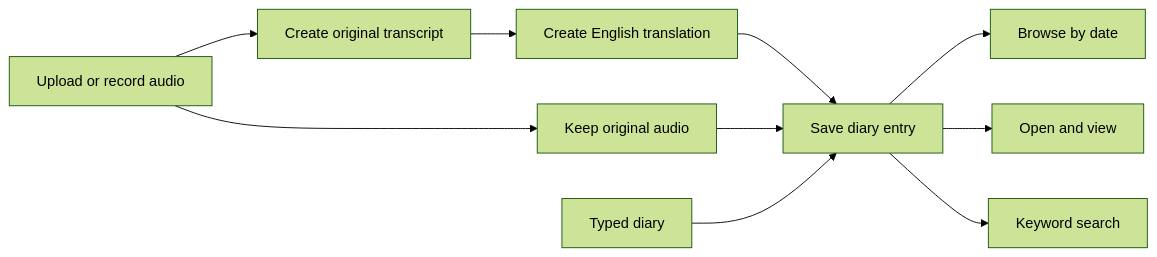
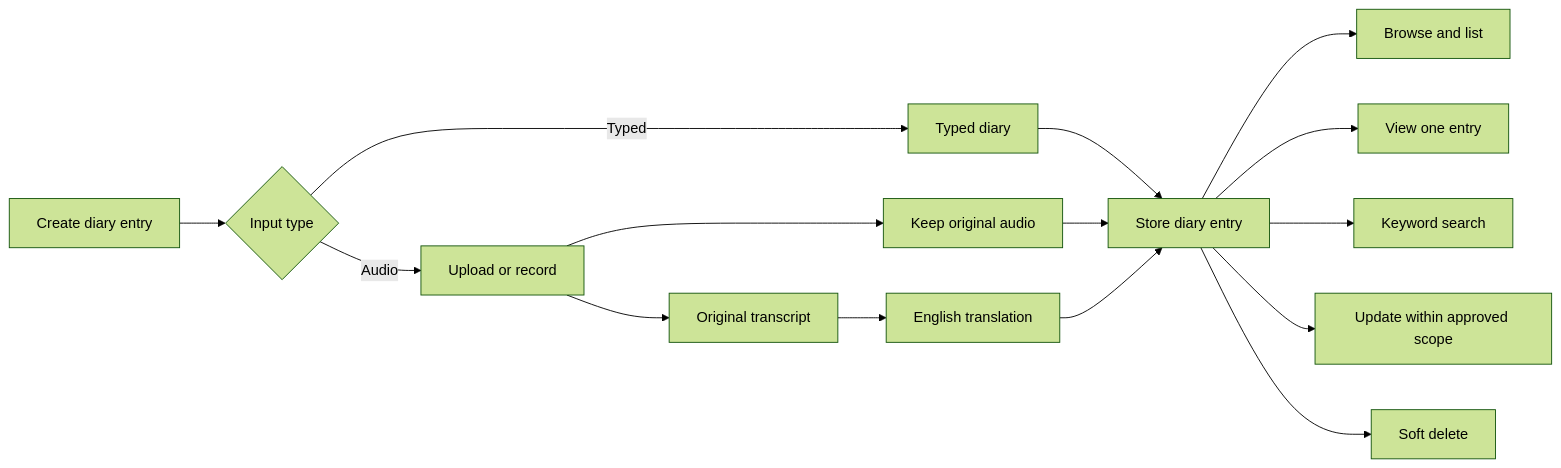
Before and after one commit to adityavarmachandika/aham-docs: the diagram in canvas/version-1.md, drawn with Mermaid (forest theme). The commit also changed other lines of this file and 9 other files, not shown here.

Commit message:
docs: define phase 1 ADI diary scope

````diff
--- a/canvas/version-1.md
+++ b/canvas/version-1.md
@@ -7,12 +9,17 @@
 ```mermaid
 flowchart LR
-    A[Upload or record audio] --> B[Create original transcript]
-    A --> C[Keep original audio]
-    B --> D[Create English translation]
-    D --> E[Save diary entry]
-    C --> E
-    T[Typed diary] --> E
-    E --> F[Browse by date]
-    E --> G[Open and view]
-    E --> H[Keyword search]
+    A[Create diary entry] --> B{Input type}
+    B -->|Audio| C[Upload or record]
+    B -->|Typed| D[Typed diary]
+    C --> E[Original transcript]
+    C --> F[Keep original audio]
+    E --> G[English translation]
+    D --> H[Store diary entry]
+    F --> H
+    G --> H
+    H --> I[Browse and list]
+    H --> J[View one entry]
+    H --> K[Keyword search]
+    H --> L[Update within approved scope]
+    H --> M[Soft delete]
 ```
````
